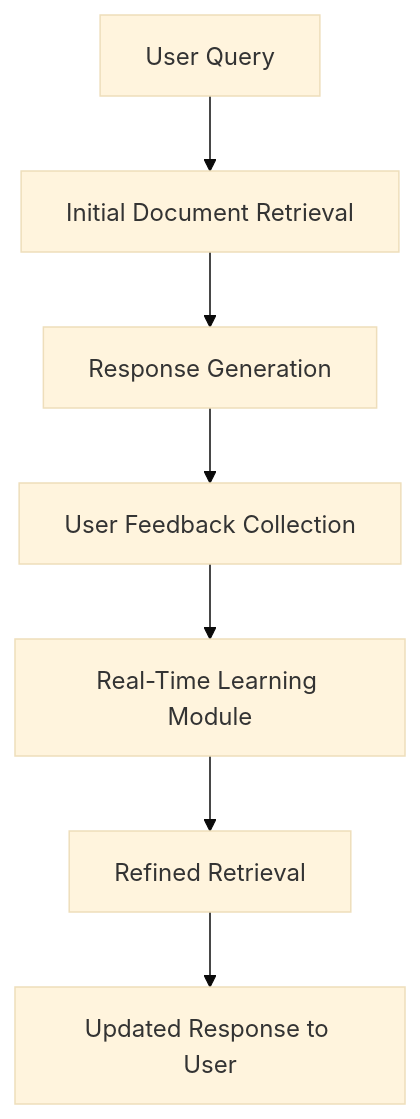
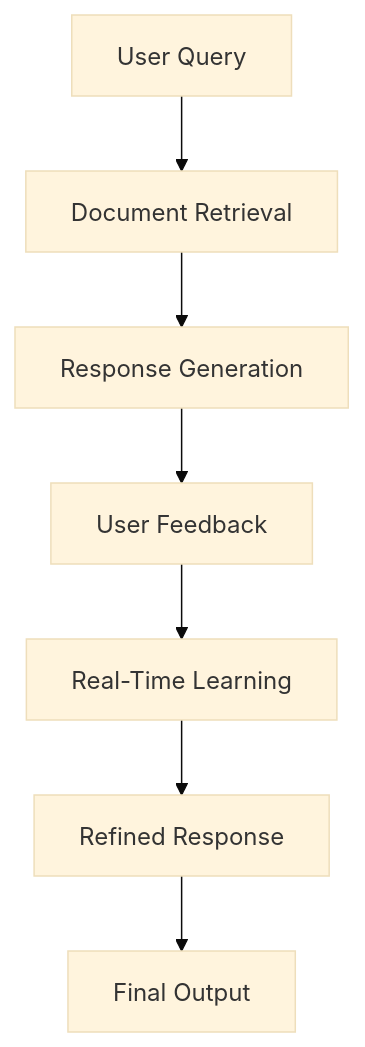
The third of 25 diagrams in Readme.md (Dinuk-Di/RAG-Architectures), drawn with Mermaid (base theme) before and after one commit. The commit also changed other lines of this file, not shown here.

````diff
--- a/Readme.md
+++ b/Readme.md
@@ -51,9 +79,9 @@
 ```mermaid
 flowchart TD
-    A[User Query] --> B[Initial Document Retrieval]
+    A[User Query] --> B[Document Retrieval]
     B --> C[Response Generation]
-    C --> D[User Feedback Collection]
-    D --> E[Real-Time Learning Module]
-    E --> F[Refined Retrieval]
-    F --> G[Updated Response to User]
+    C --> D[User Feedback]
+    D --> E[Real-Time Learning]
+    E --> F[Refined Response]
+    F --> G[Final Output]
 ```
````
